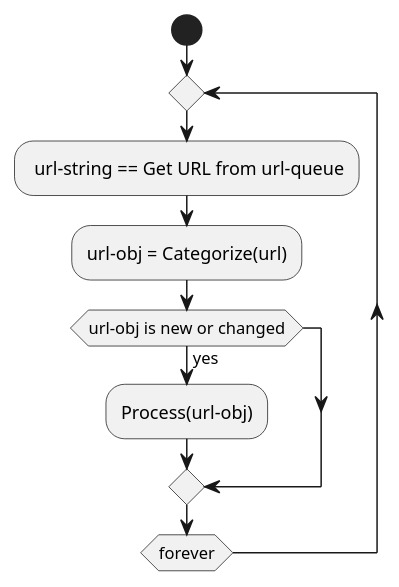
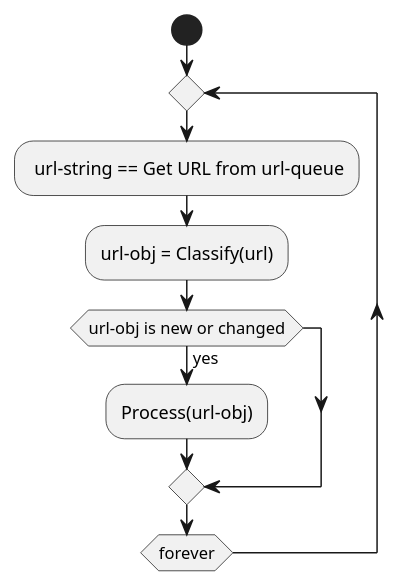
Before and after one commit to brochwerger/crawler: the diagram in design/worker02.puml, drawn with PlantUML. The commit also changed 1 other file, not shown here.

Commit message:
Categorize renamed Classify (better name)

```diff
--- a/design/worker02.puml
+++ b/design/worker02.puml
@@ -1,17 +1,17 @@
 @startuml
 start
 
 repeat
 : url-string == Get URL from url-queue;
 
 ':Increase depth;
 
-:url-obj = Categorize(url);
+:url-obj = Classify(url);
 
 if (url-obj is new or changed) then (yes)
     :Process(url-obj);
 endif
 
 'repeat while (depth < maxdepth)
 repeat while (forever)
 @enduml
```
